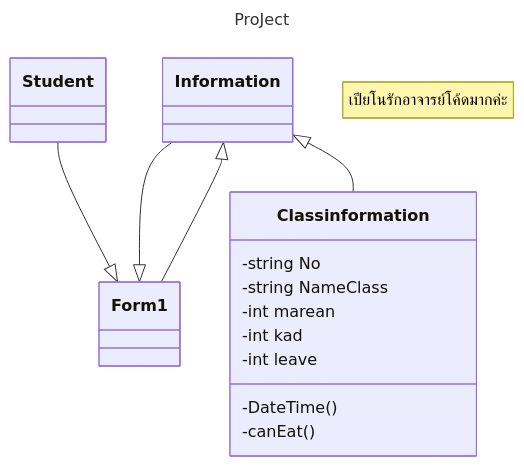
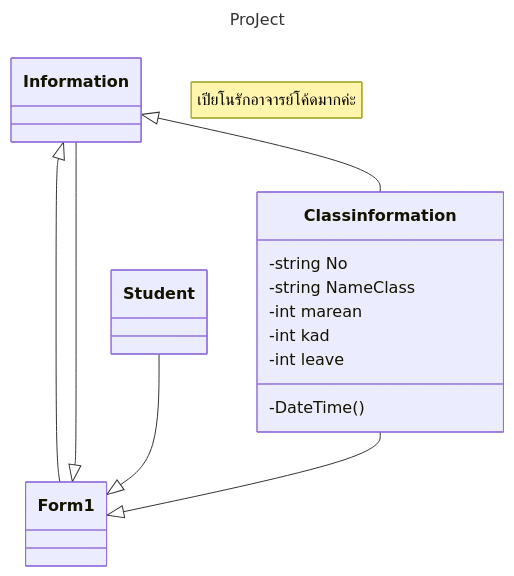
Before and after one commit to Natithorn/Test: the diagram in README.md, drawn with Mermaid.

````diff
--- a/README.md
+++ b/README.md
@@ -1,21 +1,22 @@
 ```mermaid
 ---
 title: ProJect
 ---
 classDiagram
     note "เปียโนรักอาจารย์โค้ดมากค่ะ"
     Information <|-- Form1
     Information --|> Form1
     Student --|> Form1
+    Classinformation --|> Form1
     Information <|-- Classinformation
     class Classinformation{
         -string No
         -string NameClass
         -int marean
         -int kad
         -int leave
         -DateTime()
-        -canEat()
+        
     }
     
 ```
````
